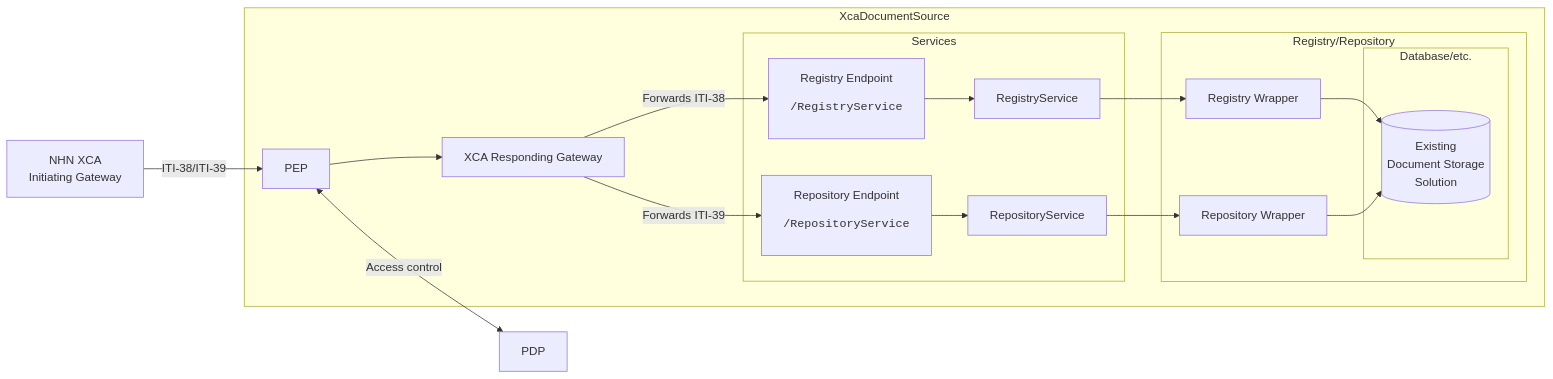
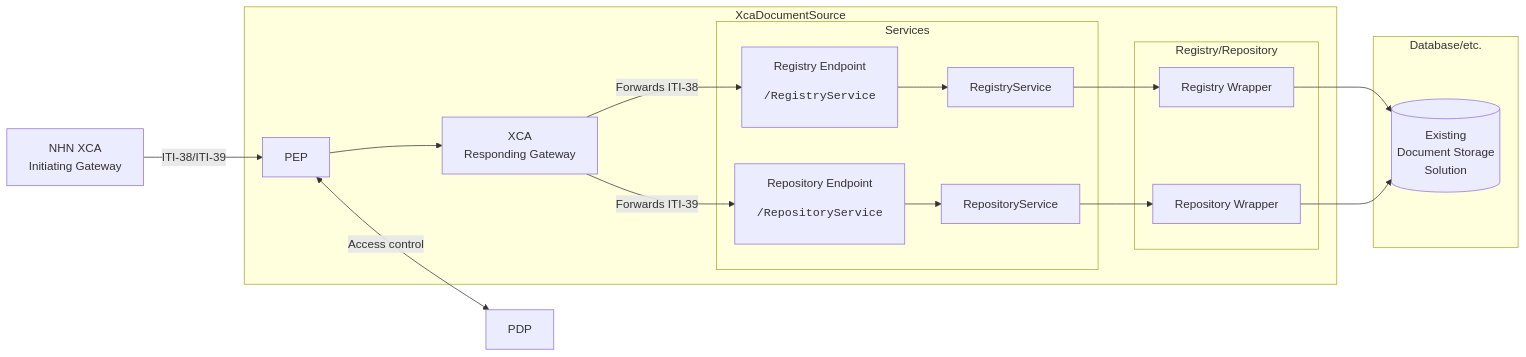
One commit to timmo-nhn/XcaDocumentSource changed the second of 2 diagrams in Docs/TechnicalImplementation.md. Above: the diagram before and after it, drawn with Mermaid. The commit also changed other lines of this file and 14 other files, not shown here.

````diff
--- a/Docs/TechnicalImplementation.md
+++ b/Docs/TechnicalImplementation.md
@@ -67,41 +67,41 @@
 ```mermaid
 flowchart LR
 
 nhnxca[NHN XCA <br> Initiating Gateway]
 
 subgraph "XcaDocumentSource"
     pep[PEP]
-    xcares[XCA Responding Gateway]
+    xcares[XCA <br> Responding Gateway]
     subgraph "Services"
         regep[Registry Endpoint<br><pre>/RegistryService</pre>]
         repep[Repository Endpoint<br><pre>/RepositoryService</pre>]
         regs[RegistryService]
         reps[RepositoryService]
     end
 
     subgraph "Registry/Repository"
         regw[Registry Wrapper]
         repw[Repository Wrapper]
-        subgraph "Database/etc."
-            regrepdb[(Existing <br>Document Storage <br>Solution)]
-        end
     end
+end
+subgraph "Database/etc."
+    regrepdb[(Existing <br>Document Storage <br>Solution)]
 end
 
 nhnxca--ITI-38/ITI-39-->pep
 
 pep-->xcares
 pep<--Access control-->PDP
 
 xcares --Forwards ITI-38--> regep
 xcares --Forwards ITI-39--> repep
 
 regep --> regs
 repep --> reps
 
 regs --> regw
 reps --> repw
 regw-->regrepdb
 repw-->regrepdb
 
 ```
````
